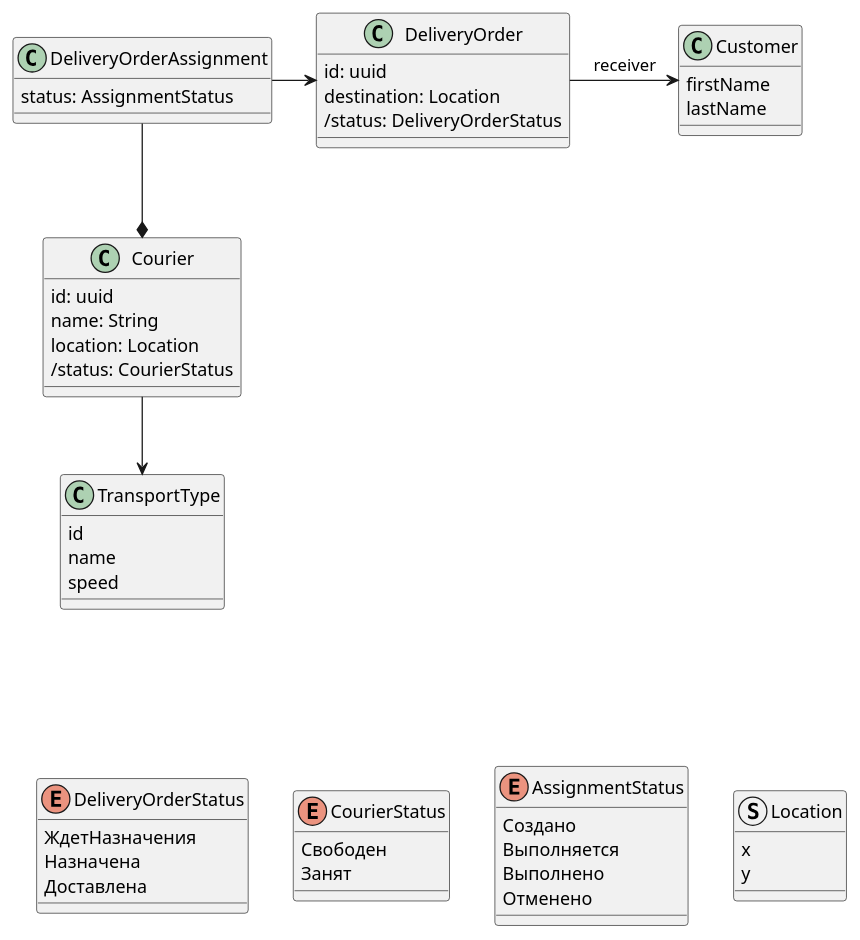
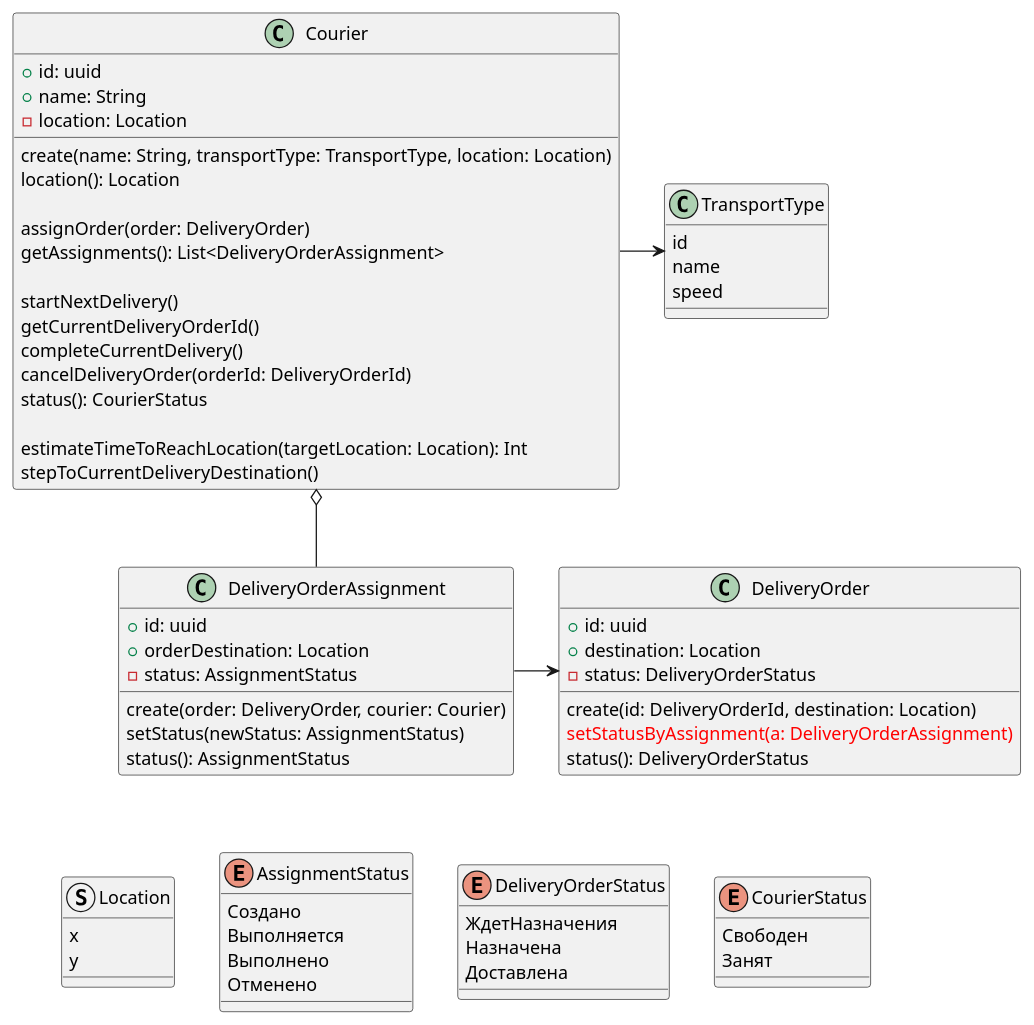
The diagram in Domain-simplified.puml (mikhailandronov/delivery), drawn with PlantUML before and after one commit. The commit also changed 1 other file, not shown here.

Commit message:
Updated diagram to reflect actual model, added to README.md

```diff
--- a/Domain-simplified.puml
+++ b/Domain-simplified.puml
@@ -1,77 +1,100 @@
 @startuml
 'https://plantuml.com/class-diagram
 
 '!pragma layout smetana
 'left to right direction
 
 class DeliveryOrder{
-    id: uuid
-    destination: Location
-    /status: DeliveryOrderStatus
+    + id: uuid
+    + destination: Location
+    - status: DeliveryOrderStatus
+
+    create(id: DeliveryOrderId, destination: Location)
+    <font color=red>setStatusByAssignment(a: DeliveryOrderAssignment)</font>
+    status(): DeliveryOrderStatus
 }
 
 class Courier {
-    id: uuid
-    name: String
-    location: Location
-    /status: CourierStatus
+    + id: uuid
+    + name: String
+    - location: Location
+
+    create(name: String, transportType: TransportType, location: Location)
+    location(): Location
+
+    assignOrder(order: DeliveryOrder)
+    getAssignments(): List<DeliveryOrderAssignment>
+
+    startNextDelivery()
+    getCurrentDeliveryOrderId()
+    completeCurrentDelivery()
+    cancelDeliveryOrder(orderId: DeliveryOrderId)
+    status(): CourierStatus
+
+    estimateTimeToReachLocation(targetLocation: Location): Int
+    stepToCurrentDeliveryDestination()
 }
 
 class TransportType{
     id
     name
     speed
 }
 class Address  {
     city
     street
     building
     flat
 }
 hide Address
 
 struct Location{
     x
     y
 }
+
 class Customer {
     firstName
     lastName
 }
+hide Customer
 
 class DeliveryOrderAssignment{
-    status: AssignmentStatus
+    + id: uuid
+    + orderDestination: Location
+    - status: AssignmentStatus
+    create(order: DeliveryOrder, courier: Courier)
+    setStatus(newStatus: AssignmentStatus)
+    status(): AssignmentStatus
 }
 
-'DeliveryOrder -d-> Location
-'Courier -r-> Location
-
-Courier -d-> TransportType
-DeliveryOrderAssignment --* Courier
+Courier -r-> TransportType
+DeliveryOrderAssignment -u-o Courier
 DeliveryOrderAssignment -r-> DeliveryOrder
 DeliveryOrder -r-> Customer : receiver
 
 enum DeliveryOrderStatus {
 ЖдетНазначения
 Назначена
 Доставлена
 }
 
 enum CourierStatus {
 Свободен
 Занят
 }
 
 enum AssignmentStatus {
     Создано
     Выполняется
     Выполнено
     Отменено
 }
 
-TransportType -d[hidden]--> DeliveryOrderStatus
-DeliveryOrderStatus -[hidden]> CourierStatus
-CourierStatus -[hidden]> AssignmentStatus
-AssignmentStatus -[hidden]> Location
+
+ DeliveryOrderAssignment -d[hidden]-> AssignmentStatus
+ AssignmentStatus -r[hidden]-> DeliveryOrderStatus
+ DeliveryOrderStatus -[hidden]> CourierStatus
+ AssignmentStatus -l[hidden]> Location
 
 @enduml
```
